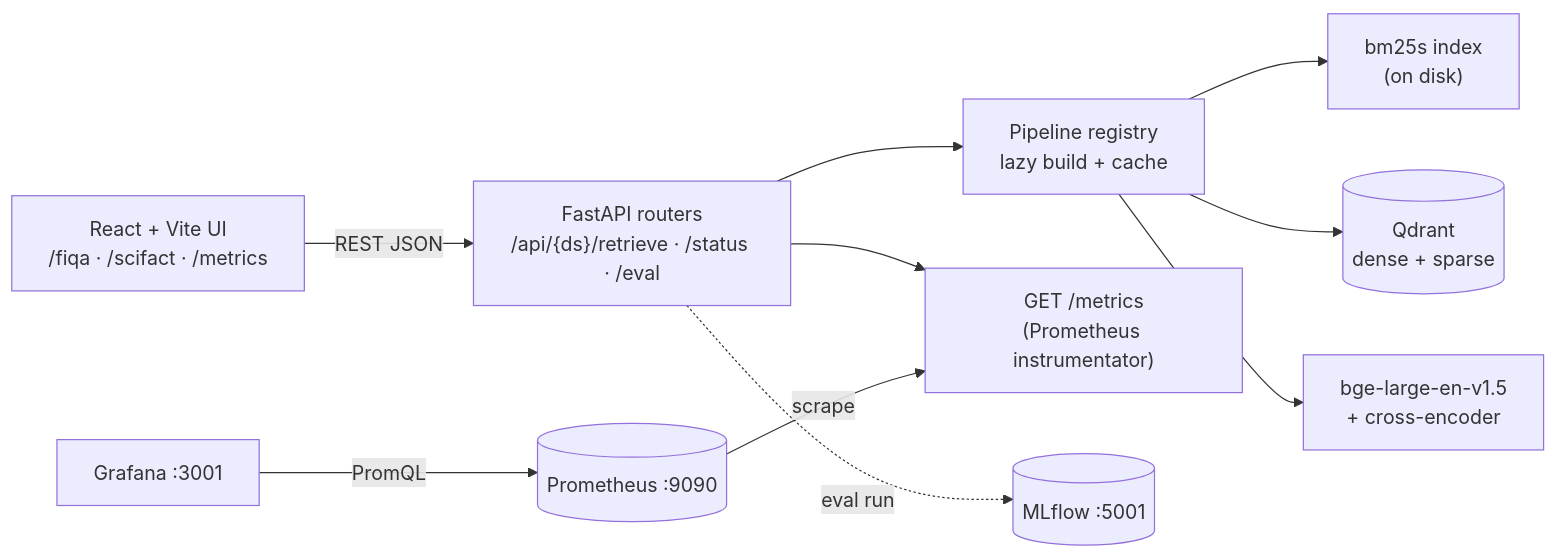
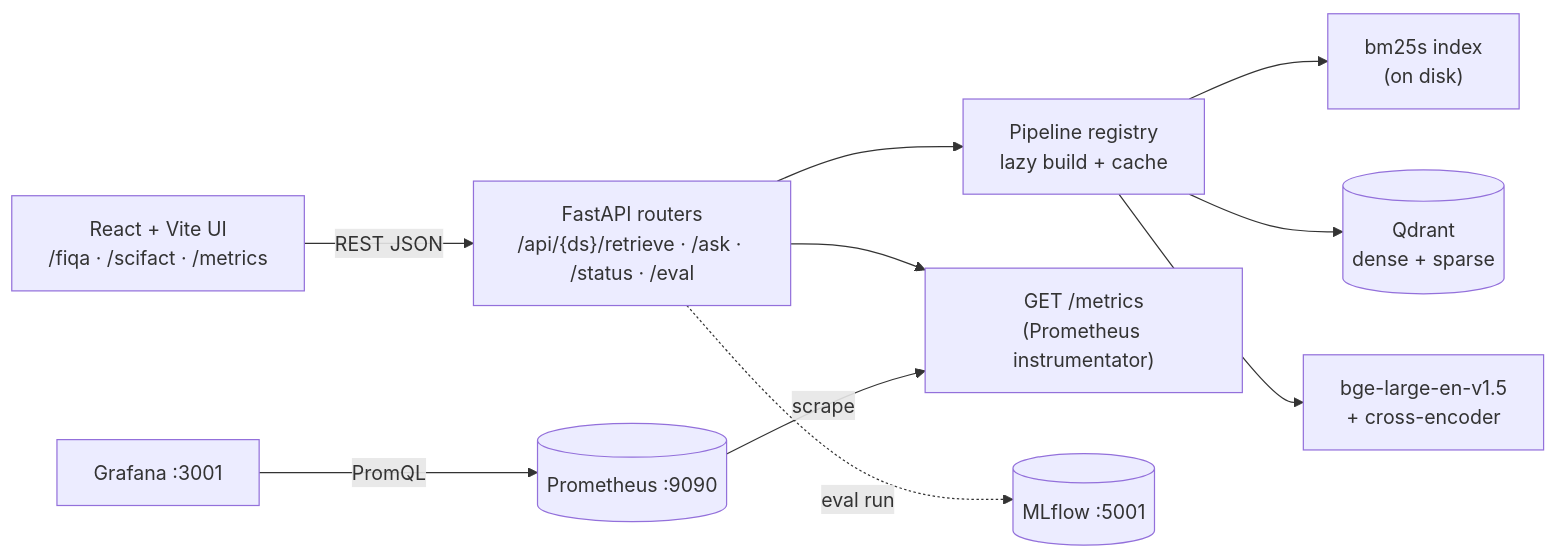
One commit to sush4nt/rag-bench changed the first of 6 diagrams in README.md. Above: the diagram before and after it, drawn with Mermaid. The commit also changed other lines of this file and 27 other files, not shown here.

````diff
--- a/README.md
+++ b/README.md
@@ -494,22 +522,22 @@
 ```mermaid
 flowchart LR
   UI["React + Vite UI<br/>/fiqa · /scifact · /metrics"]
-  R["FastAPI routers<br/>/api/{ds}/retrieve · /status · /eval"]
+  R["FastAPI routers<br/>/api/{ds}/retrieve · /ask · /status · /eval"]
   REG["Pipeline registry<br/>lazy build + cache"]
   MET["GET /metrics<br/>(Prometheus instrumentator)"]
   BM["bm25s index<br/>(on disk)"]
   QD[("Qdrant<br/>dense + sparse")]
   EMB["bge-large-en-v1.5<br/>+ cross-encoder"]
   MLF[("MLflow :5001")]
   PROM[("Prometheus :9090")]
   GRAF["Grafana :3001"]
 
   UI -->|REST JSON| R --> REG
   REG --> BM
   REG --> QD
   REG --> EMB
   R --> MET
   R -. eval run .-> MLF
   PROM -->|scrape| MET
   GRAF -->|PromQL| PROM
 ```
````
